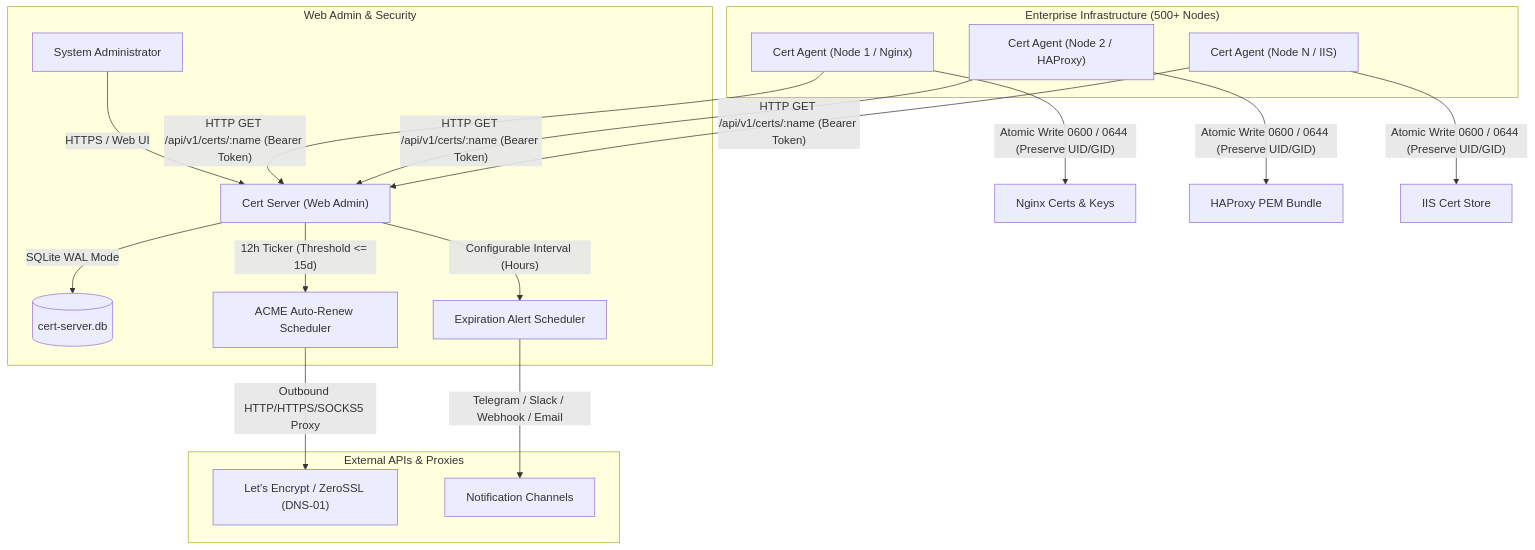
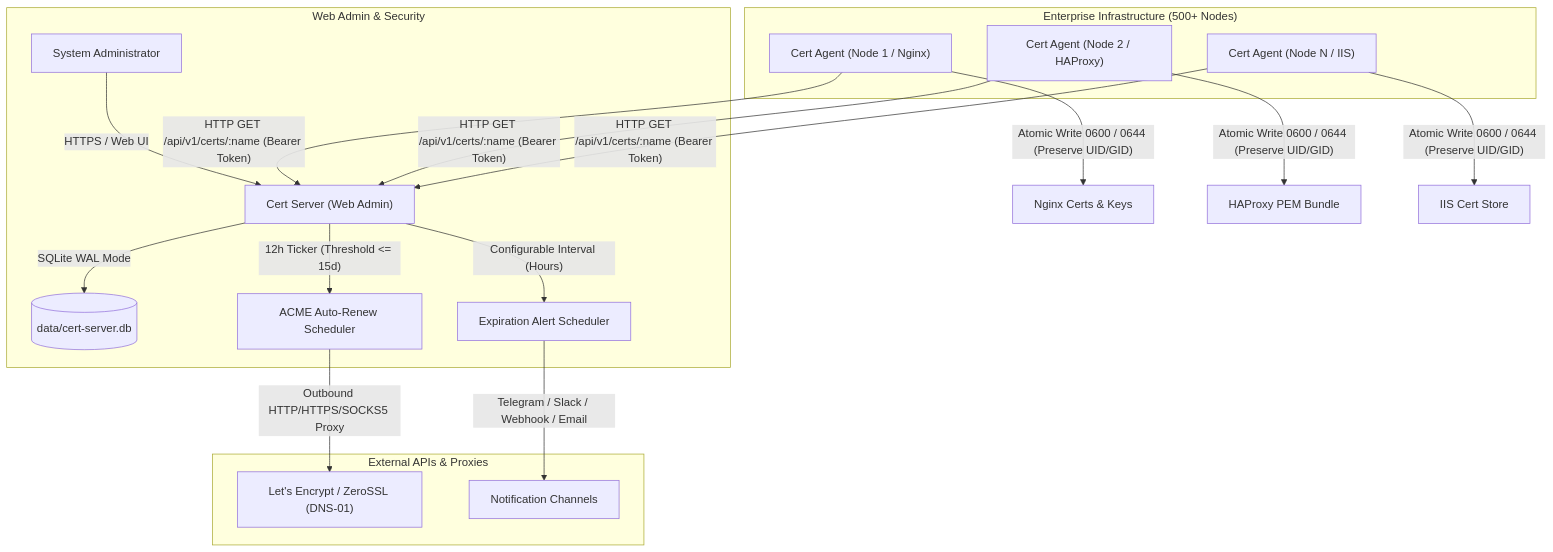
Before and after one commit to heroes1412/cert-deployer: the diagram in README.md, drawn with Mermaid. The commit also changed other lines of this file and 13 other files, not shown here.

````diff
--- a/README.md
+++ b/README.md
@@ -9,28 +9,28 @@
 ```mermaid
 graph TD
     subgraph WebAdmin["Web Admin & Security"]
         Admin["System Administrator"] -->|"HTTPS / Web UI"| ServerDashboard["Cert Server (Web Admin)"]
-        ServerDashboard -->|"SQLite WAL Mode"| DB[("cert-server.db")]
+        ServerDashboard -->|"SQLite WAL Mode"| DB[("data/cert-server.db")]
         ServerDashboard -->|"12h Ticker (Threshold <= 15d)"| ACMEScheduler["ACME Auto-Renew Scheduler"]
         ServerDashboard -->|"Configurable Interval (Hours)"| NotifyScheduler["Expiration Alert Scheduler"]
     end
 
     subgraph ExternalServices["External APIs & Proxies"]
         ACMEScheduler -->|"Outbound HTTP/HTTPS/SOCKS5 Proxy"| ACMECA["Let's Encrypt / ZeroSSL (DNS-01)"]
         NotifyScheduler -->|"Telegram / Slack / Webhook / Email"| Channels["Notification Channels"]
     end
 
     subgraph Clients["Enterprise Infrastructure (500+ Nodes)"]
         Agent1["Cert Agent (Node 1 / Nginx)"]
         Agent2["Cert Agent (Node 2 / HAProxy)"]
         AgentN["Cert Agent (Node N / IIS)"]
     end
 
     Agent1 -->|"HTTP GET /api/v1/certs/:name (Bearer Token)"| ServerDashboard
     Agent2 -->|"HTTP GET /api/v1/certs/:name (Bearer Token)"| ServerDashboard
     AgentN -->|"HTTP GET /api/v1/certs/:name (Bearer Token)"| ServerDashboard
 
     Agent1 -->|"Atomic Write 0600 / 0644 (Preserve UID/GID)"| WebFS1["Nginx Certs & Keys"]
     Agent2 -->|"Atomic Write 0600 / 0644 (Preserve UID/GID)"| WebFS2["HAProxy PEM Bundle"]
     AgentN -->|"Atomic Write 0600 / 0644 (Preserve UID/GID)"| WebFS3["IIS Cert Store"]
 ```
````
